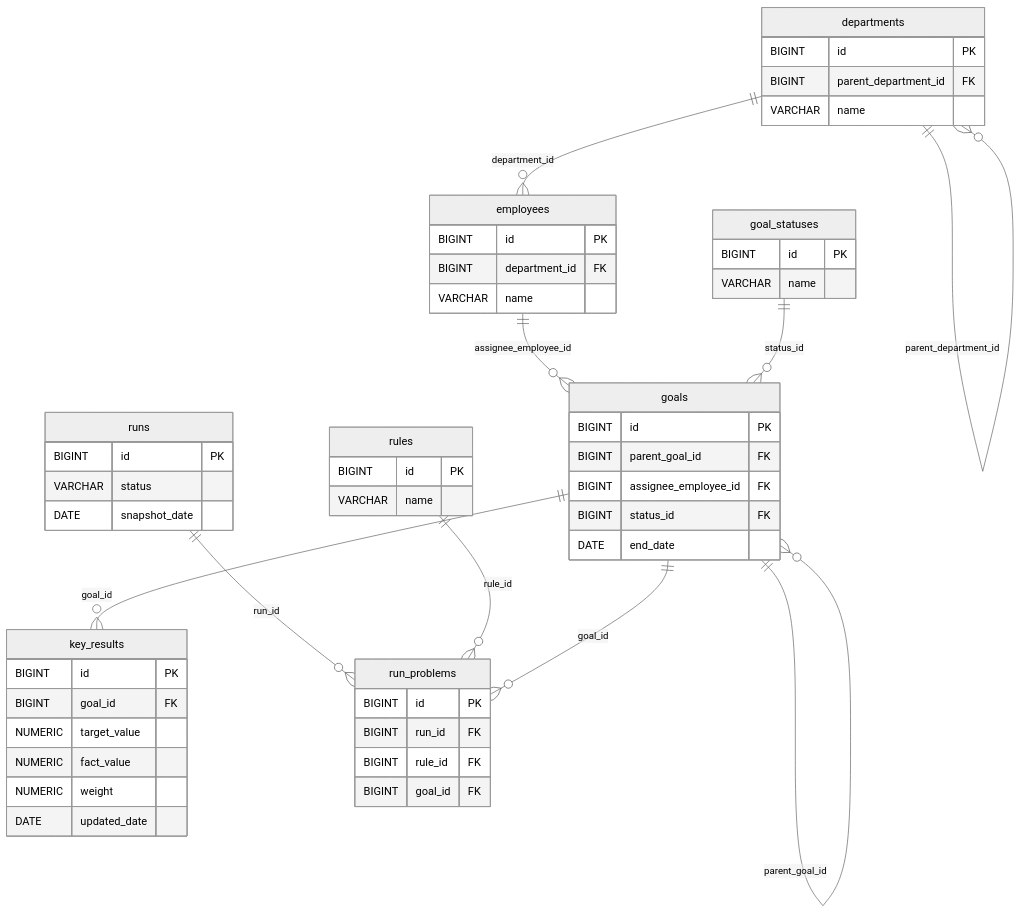
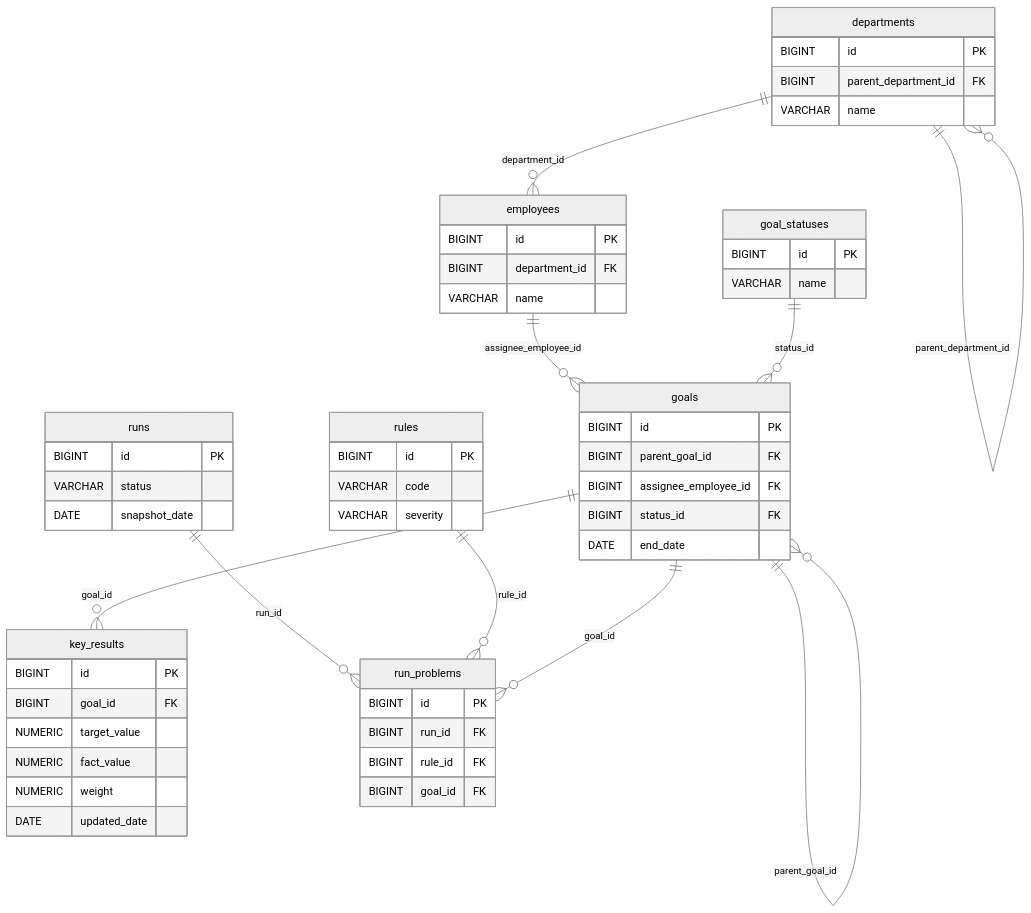
The diagram in specs/design.md (pilyaeva/test-task-goals-kkd-service), drawn with Mermaid (neutral theme) before and after one commit. The commit also changed other lines of this file and 2 other files, not shown here.

````diff
--- a/specs/design.md
+++ b/specs/design.md
@@ -25,57 +27,58 @@
 ```mermaid
 erDiagram
     departments ||--o{ departments : "parent_department_id"
     departments ||--o{ employees : "department_id"
     employees ||--o{ goals : "assignee_employee_id"
     goal_statuses ||--o{ goals : "status_id"
     goals ||--o{ goals : "parent_goal_id"
     goals ||--o{ key_results : "goal_id"
     runs ||--o{ run_problems : "run_id"
     rules ||--o{ run_problems : "rule_id"
     goals ||--o{ run_problems : "goal_id"
 
     departments {
         BIGINT id PK
         BIGINT parent_department_id FK
         VARCHAR name
     }
     employees {
         BIGINT id PK
         BIGINT department_id FK
         VARCHAR name
     }
     goal_statuses {
         BIGINT id PK
         VARCHAR name
     }
     goals {
         BIGINT id PK
         BIGINT parent_goal_id FK
         BIGINT assignee_employee_id FK
         BIGINT status_id FK
         DATE end_date
     }
     key_results {
         BIGINT id PK
         BIGINT goal_id FK
         NUMERIC target_value
         NUMERIC fact_value
         NUMERIC weight
         DATE updated_date
     }
     rules {
         BIGINT id PK
-        VARCHAR name
+        VARCHAR code
+        VARCHAR severity
     }
     runs {
         BIGINT id PK
         VARCHAR status
         DATE snapshot_date
     }
     run_problems {
         BIGINT id PK
         BIGINT run_id FK
         BIGINT rule_id FK
         BIGINT goal_id FK
     }
 ```
````
